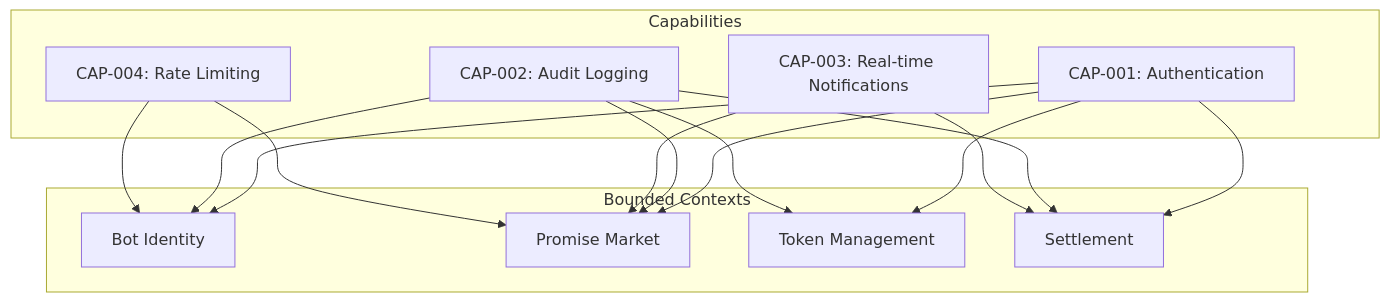
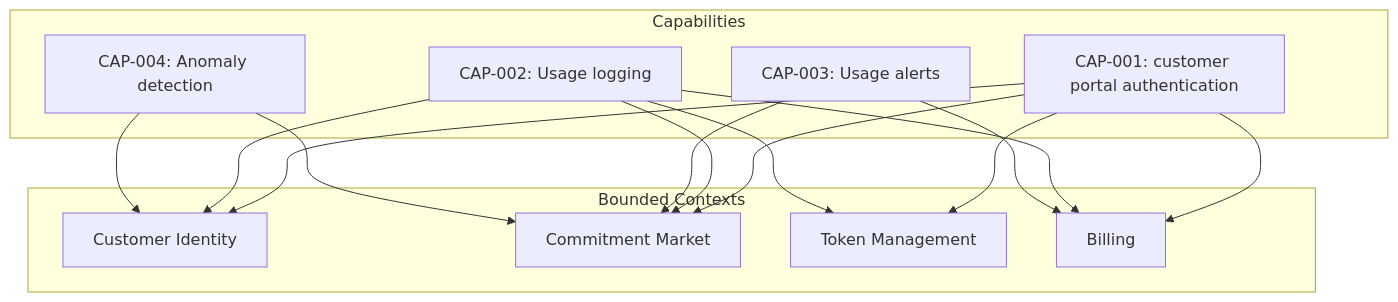
The first of 2 diagrams in docs/capabilities/index.md (esimplicityinc/water-demo), drawn with Mermaid before and after one commit. The commit also changed other lines of this file and 12 other files, not shown here.

````diff
--- a/docs/capabilities/index.md
+++ b/docs/capabilities/index.md
@@ -18,32 +18,32 @@
 ```mermaid
 graph TB
     subgraph "Capabilities"
-        C1[CAP-001: Authentication]
-        C2[CAP-002: Audit Logging]
-        C3[CAP-003: Real-time Notifications]
-        C4[CAP-004: Rate Limiting]
+        C1[CAP-001: customer portal authentication]
+        C2[CAP-002: Usage logging]
+        C3[CAP-003: Usage alerts]
+        C4[CAP-004: Anomaly detection]
     end
     
     subgraph "Bounded Contexts"
-        BC1[Bot Identity]
-        BC2[Promise Market]
+        BC1[Customer Identity]
+        BC2[Commitment Market]
         BC3[Token Management]
-        BC4[Settlement]
+        BC4[Billing]
     end
     
     C1 --> BC1
     C1 --> BC2
     C1 --> BC3
     C1 --> BC4
     
     C2 --> BC1
     C2 --> BC2
     C2 --> BC3
     C2 --> BC4
     
     C3 --> BC2
     C3 --> BC4
     
     C4 --> BC1
     C4 --> BC2
 ```
````
